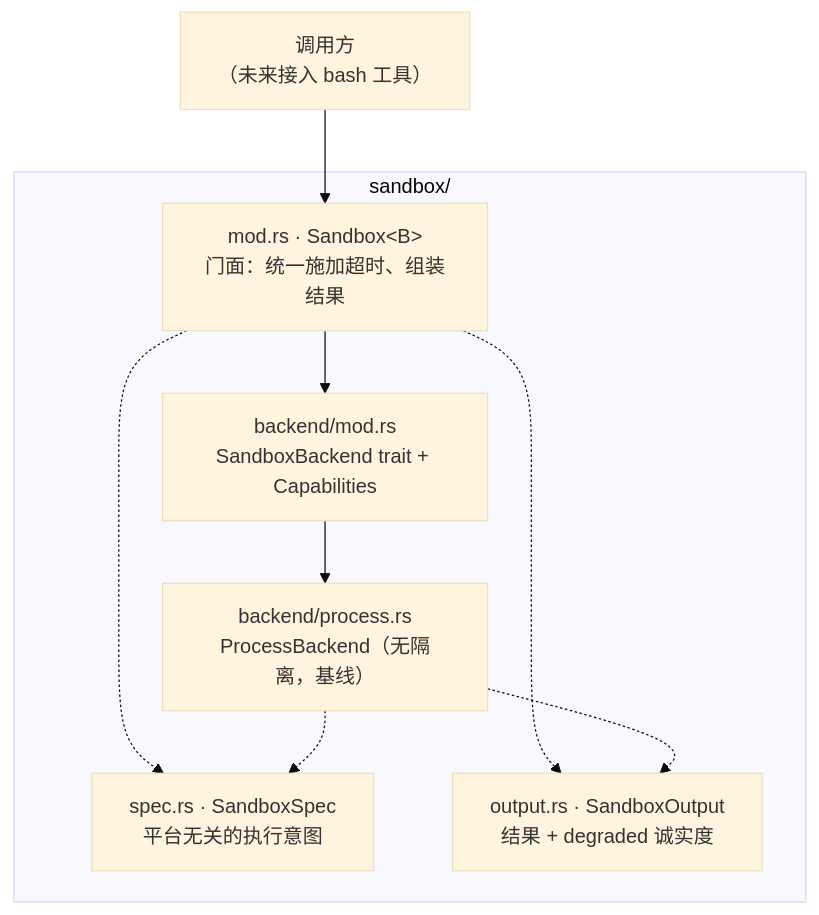
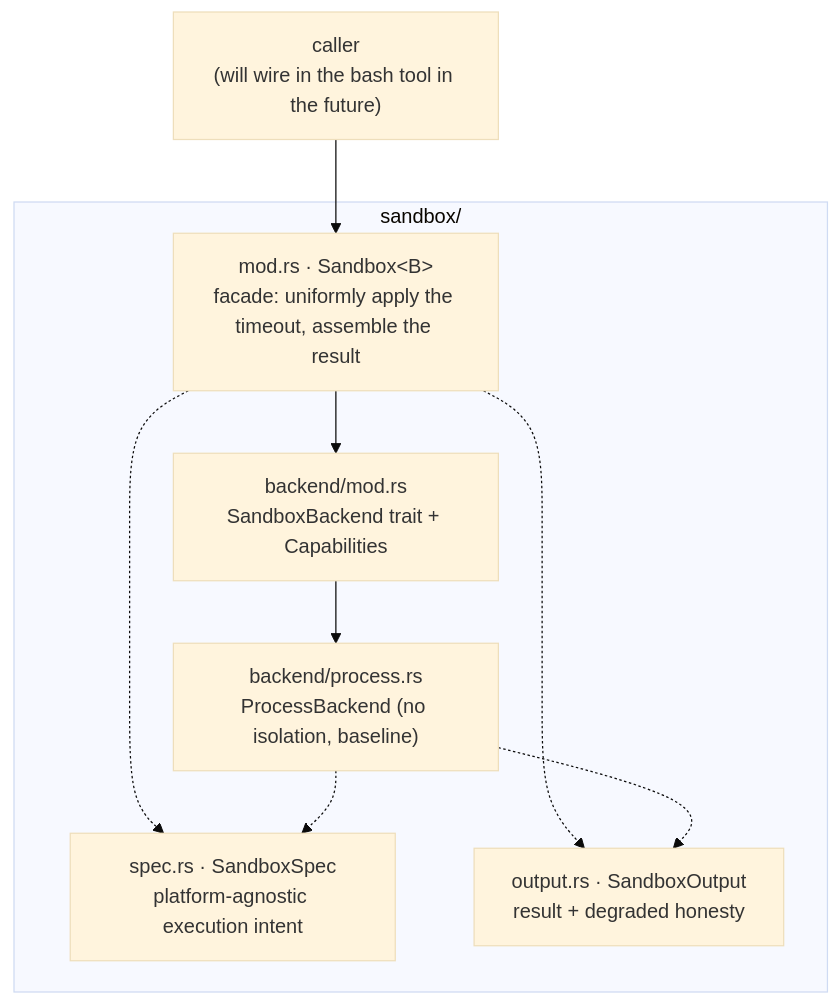
One commit to Seann0824/Shirley changed the first of 2 diagrams in docs/sandbox.md. Above: the diagram before and after it, drawn with Mermaid (base theme). The commit also changed other lines of this file and 131 other files, not shown here.

````diff
--- a/docs/sandbox.md
+++ b/docs/sandbox.md
@@ -28,19 +28,19 @@
 ```mermaid
 graph TD
-    APP["调用方<br/>（未来接入 bash 工具）"] --> FACADE
+    APP["caller<br/>(will wire in the bash tool in the future)"] --> FACADE
 
     subgraph SANDBOX["sandbox/"]
-        FACADE["mod.rs · Sandbox&lt;B&gt;<br/>门面：统一施加超时、组装结果"]
-        SPEC["spec.rs · SandboxSpec<br/>平台无关的执行意图"]
-        OUT["output.rs · SandboxOutput<br/>结果 + degraded 诚实度"]
+        FACADE["mod.rs · Sandbox&lt;B&gt;<br/>facade: uniformly apply the timeout, assemble the result"]
+        SPEC["spec.rs · SandboxSpec<br/>platform-agnostic execution intent"]
+        OUT["output.rs · SandboxOutput<br/>result + degraded honesty"]
         BE["backend/mod.rs<br/>SandboxBackend trait + Capabilities"]
-        PB["backend/process.rs<br/>ProcessBackend（无隔离，基线）"]
+        PB["backend/process.rs<br/>ProcessBackend (no isolation, baseline)"]
     end
 
     FACADE --> BE
     BE --> PB
     FACADE -.-> SPEC
     FACADE -.-> OUT
     PB -.-> SPEC
     PB -.-> OUT
 ```
````
